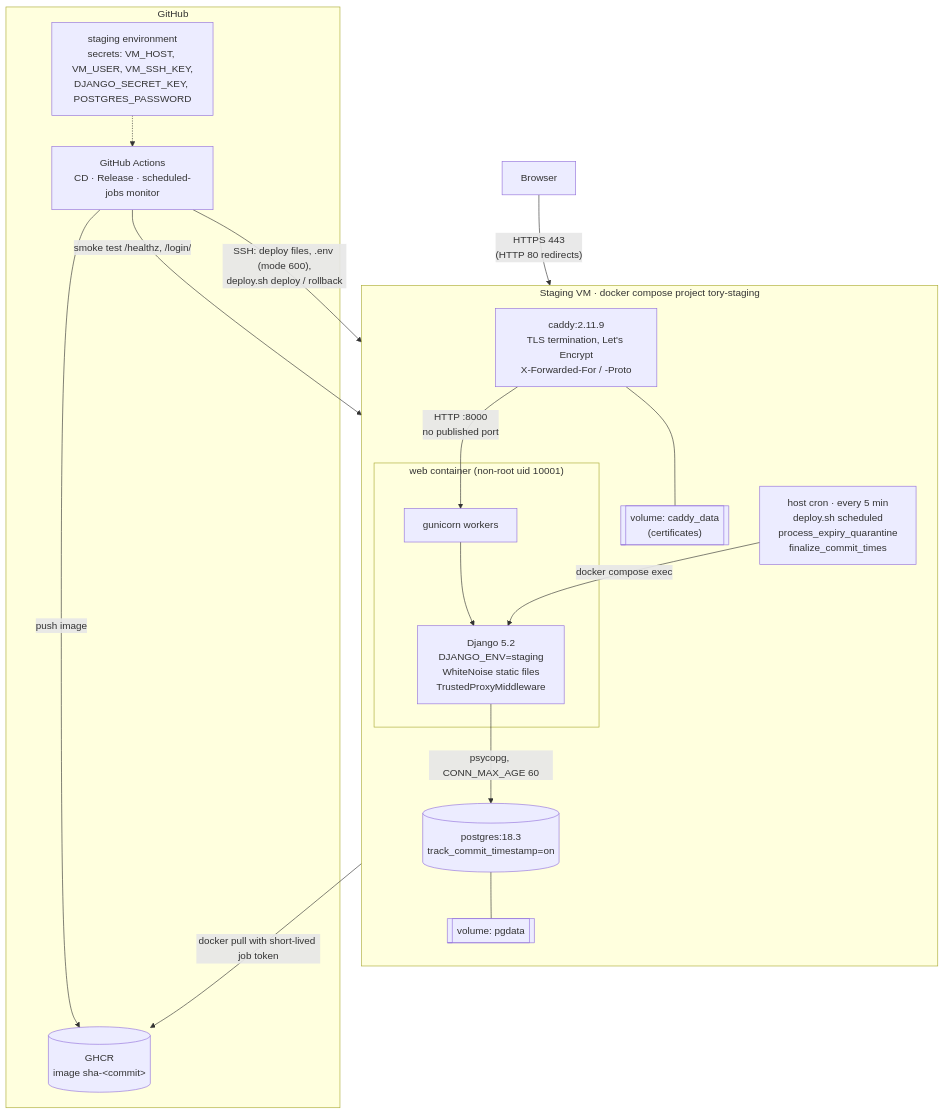
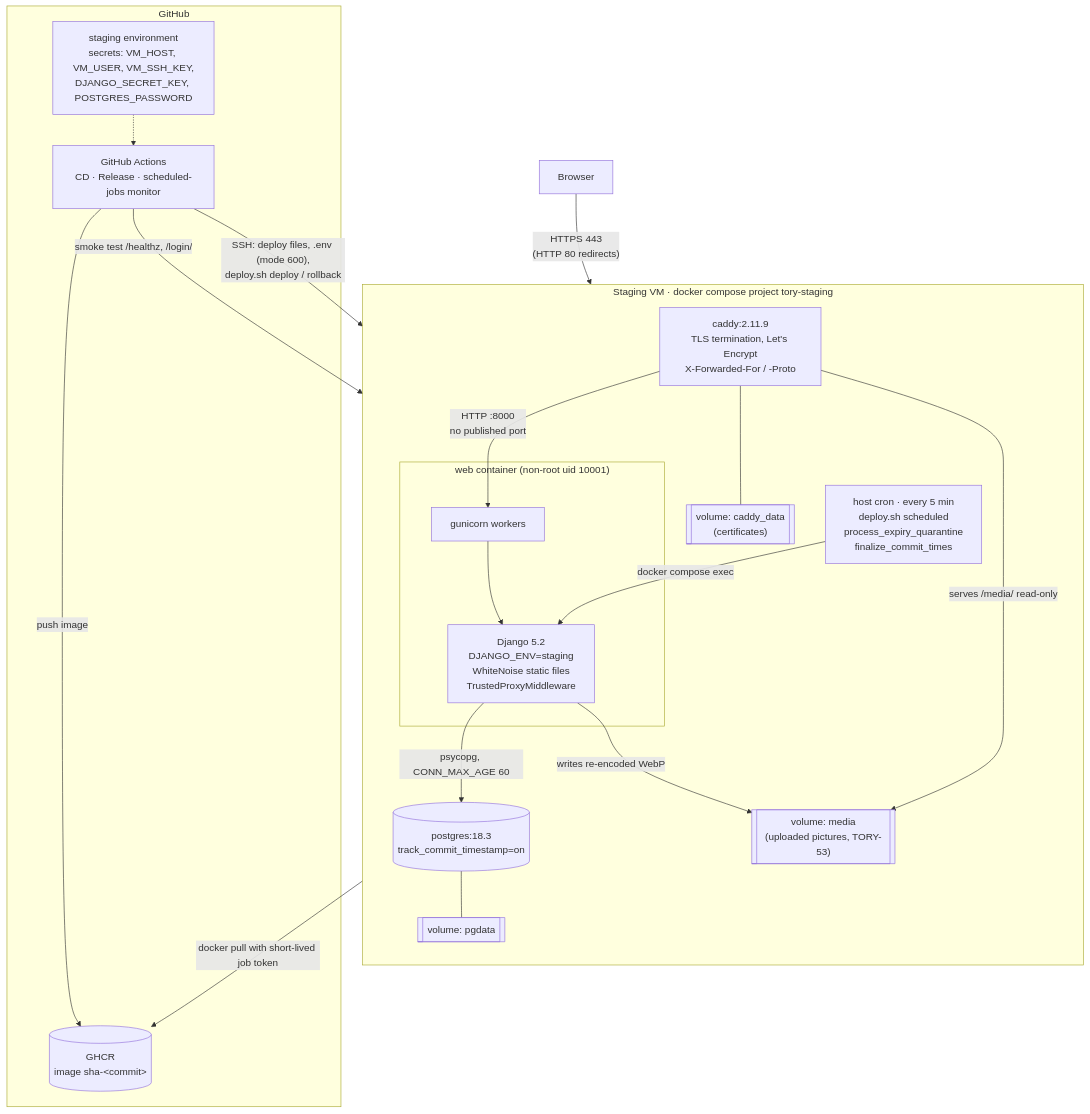
The diagram in docs/design/DEPLOYMENT.md (Mike-Franco/ay2627s2-cicdp-MikeAbat), drawn with Mermaid before and after one commit. The commit also changed other lines of this file and 12 other files, not shown here.

First line of the commit message:
feat(TORY-53): safe image upload pipeline, media volume and backups

````diff
--- a/docs/design/DEPLOYMENT.md
+++ b/docs/design/DEPLOYMENT.md
@@ -5,33 +5,36 @@
 ```mermaid
 flowchart TB
     user["Browser"] -->|"HTTPS 443<br/>(HTTP 80 redirects)"| caddy
 
     subgraph vm["Staging VM · docker compose project tory-staging"]
         direction TB
         caddy["caddy:2.11.9<br/>TLS termination, Let's Encrypt<br/>X-Forwarded-For / -Proto"]
         subgraph webc["web container (non-root uid 10001)"]
             gunicorn["gunicorn workers"] --> django["Django 5.2<br/>DJANGO_ENV=staging<br/>WhiteNoise static files<br/>TrustedProxyMiddleware"]
         end
         db[("postgres:18.3<br/>track_commit_timestamp=on")]
         pgdata[["volume: pgdata"]]
         caddydata[["volume: caddy_data<br/>(certificates)"]]
+        mediavol[["volume: media<br/>(uploaded pictures, TORY-53)"]]
         cron["host cron · every 5 min<br/>deploy.sh scheduled<br/>process_expiry_quarantine<br/>finalize_commit_times"]
         caddy -->|"HTTP :8000<br/>no published port"| gunicorn
         django -->|"psycopg, CONN_MAX_AGE 60"| db
         db --- pgdata
         caddy --- caddydata
+        django -->|"writes re-encoded WebP"| mediavol
+        caddy -->|"serves /media/ read-only"| mediavol
         cron -->|"docker compose exec"| django
     end
 
     subgraph gh["GitHub"]
         actions["GitHub Actions<br/>CD · Release · scheduled-jobs monitor"]
         ghcr[("GHCR<br/>image sha-&lt;commit&gt;")]
         env["staging environment<br/>secrets: VM_HOST, VM_USER, VM_SSH_KEY,<br/>DJANGO_SECRET_KEY, POSTGRES_PASSWORD"]
     end
 
     actions -->|"push image"| ghcr
     env -.-> actions
     actions -->|"SSH: deploy files, .env (mode 600),<br/>deploy.sh deploy / rollback"| vm
     vm -->|"docker pull with short-lived job token"| ghcr
     actions -->|"smoke test /healthz, /login/"| caddy
 ```
````
